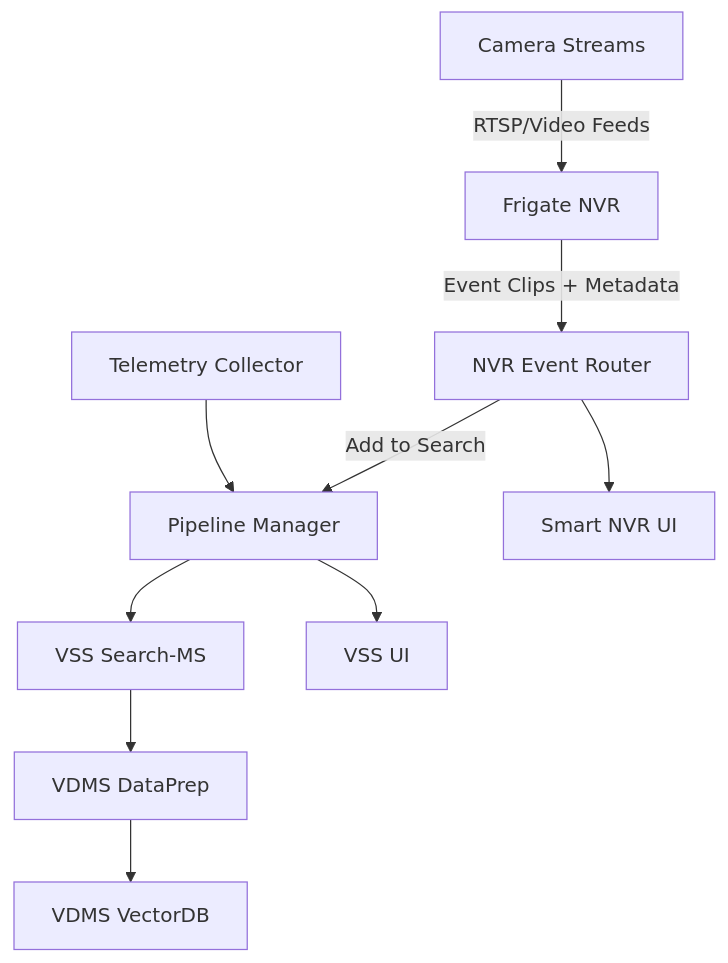
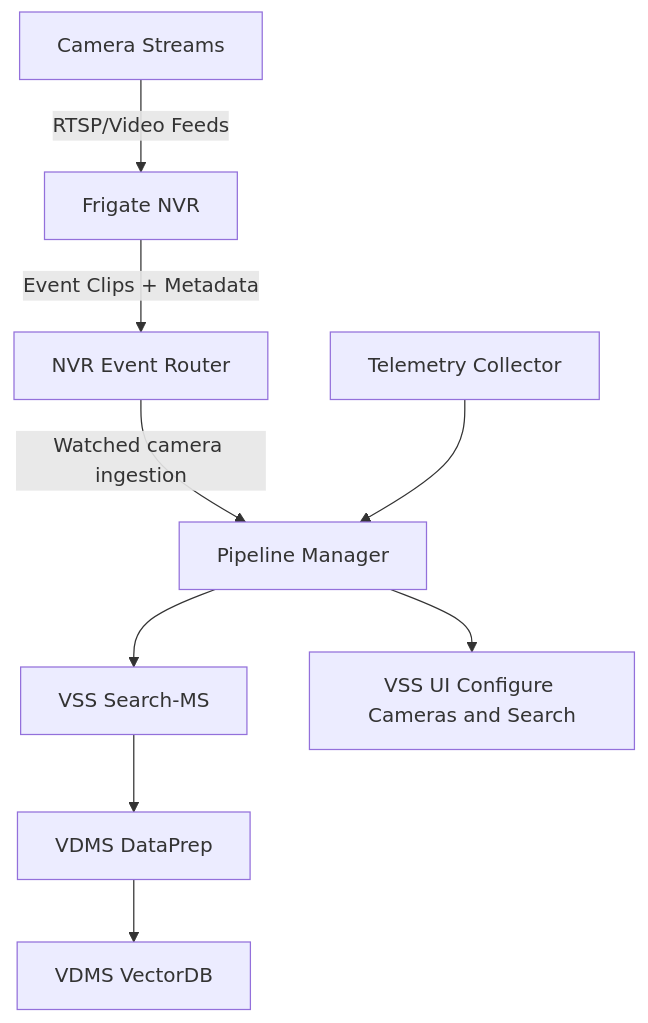
Before and after one commit to open-edge-platform/edge-ai-suites: the diagram in metro-ai-suite/live-video-analysis/live-video-search/README.md, drawn with Mermaid. The commit also changed 5 other files, not shown here.

````diff
--- a/metro-ai-suite/live-video-analysis/live-video-search/README.md
+++ b/metro-ai-suite/live-video-analysis/live-video-search/README.md
@@ -16,14 +18,11 @@
 ```mermaid
 graph TD
   A[Camera Streams] -->|RTSP/Video Feeds| B[Frigate NVR]
   B -->|Event Clips + Metadata| C[NVR Event Router]
-  C -->|Add to Search| H[Pipeline Manager]
+  C -->|Watched camera ingestion| H[Pipeline Manager]
   H --> E[VSS Search‑MS]
   E --> F[VDMS DataPrep]
   F --> G[VDMS VectorDB]
-  H --> I[VSS UI]
-
-  C --> J[Smart NVR UI]
-
+  H --> I[VSS UI Configure Cameras and Search]
   K[Telemetry Collector] --> H
 ```
````
